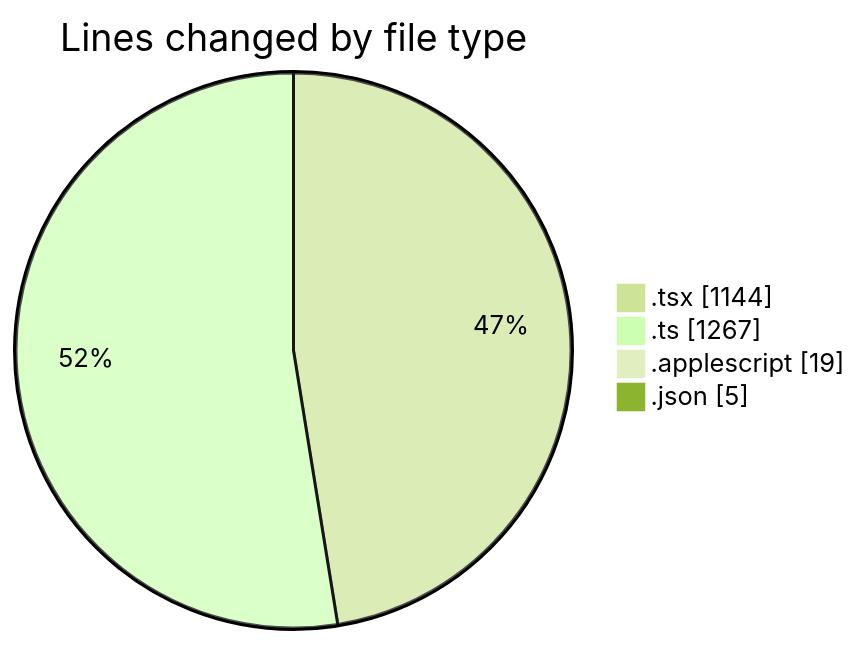
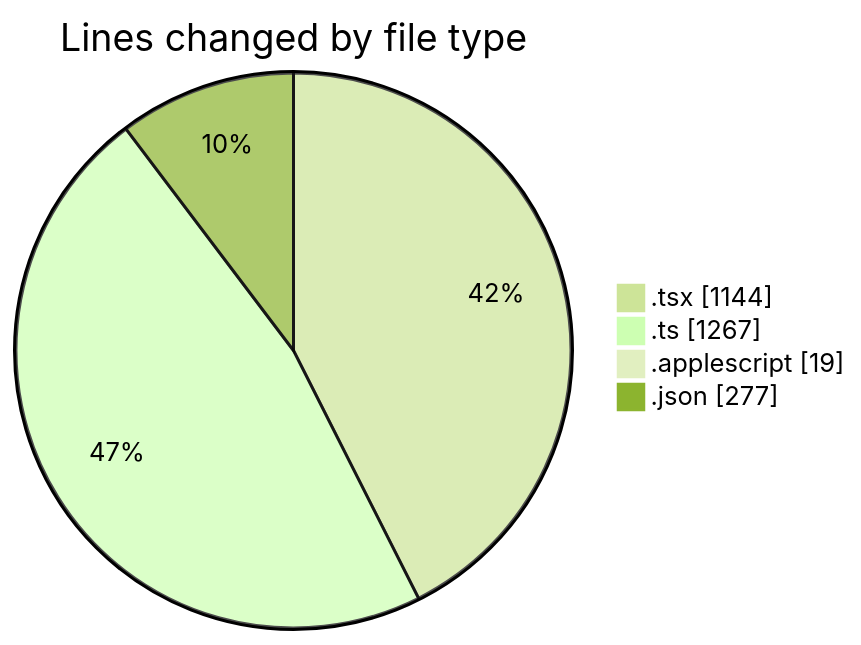
The first of 2 diagrams in 2025-07-11/ribbon/README.md (EIIisD/code-tracking), drawn with Mermaid (forest theme) before and after one commit. The commit also changed other lines of this file and 1 other file, not shown here.

````diff
--- a/2025-07-11/ribbon/README.md
+++ b/2025-07-11/ribbon/README.md
@@ -33,8 +34,8 @@
 ```mermaid
 pie showData
 title Lines changed by file type
 ".tsx" : 1144
 ".ts" : 1267
 ".applescript" : 19
-".json" : 5
+".json" : 277
 ```
````
